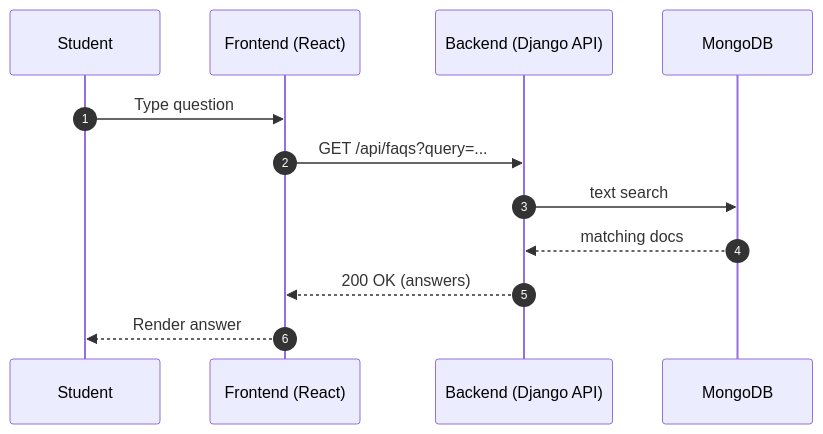
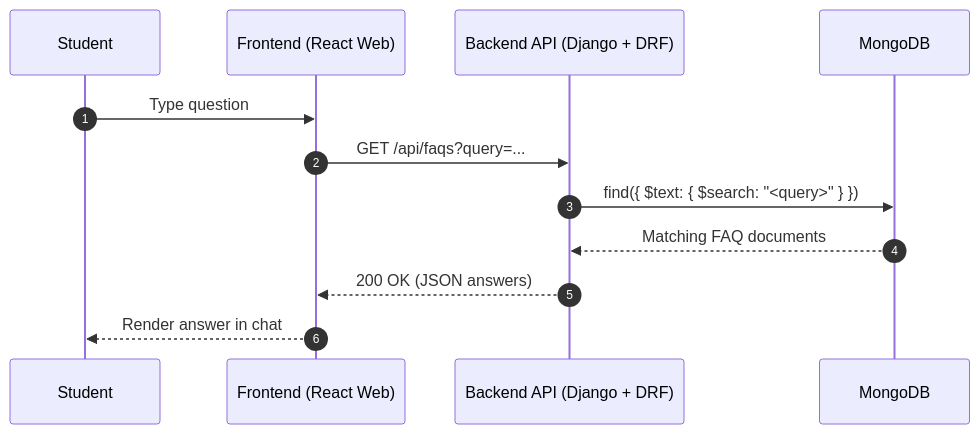
Before and after one commit to M0simi/portfolio: the second of 4 diagrams in Stage3.md, drawn with Mermaid. The commit also changed other lines of this file, not shown here.

````diff
--- a/Stage3.md
+++ b/Stage3.md
@@ -138,15 +176,15 @@
 ```mermaid
 sequenceDiagram
   autonumber
   participant Student
-  participant FE as Frontend (React)
-  participant BE as Backend (Django API)
+  participant Frontend as Frontend (React Web)
+  participant Backend as Backend API (Django + DRF)
   participant DB as MongoDB
 
-  Student->>FE: Type question
-  FE->>BE: GET /api/faqs?query=...
-  BE->>DB: text search
-  DB-->>BE: matching docs
-  BE-->>FE: 200 OK (answers)
-  FE-->>Student: Render answer
+  Student->>Frontend: Type question
+  Frontend->>Backend: GET /api/faqs?query=...
+  Backend->>DB: find({ $text: { $search: "<query>" } })
+  DB-->>Backend: Matching FAQ documents
+  Backend-->>Frontend: 200 OK (JSON answers)
+  Frontend-->>Student: Render answer in chat
 ```
````
